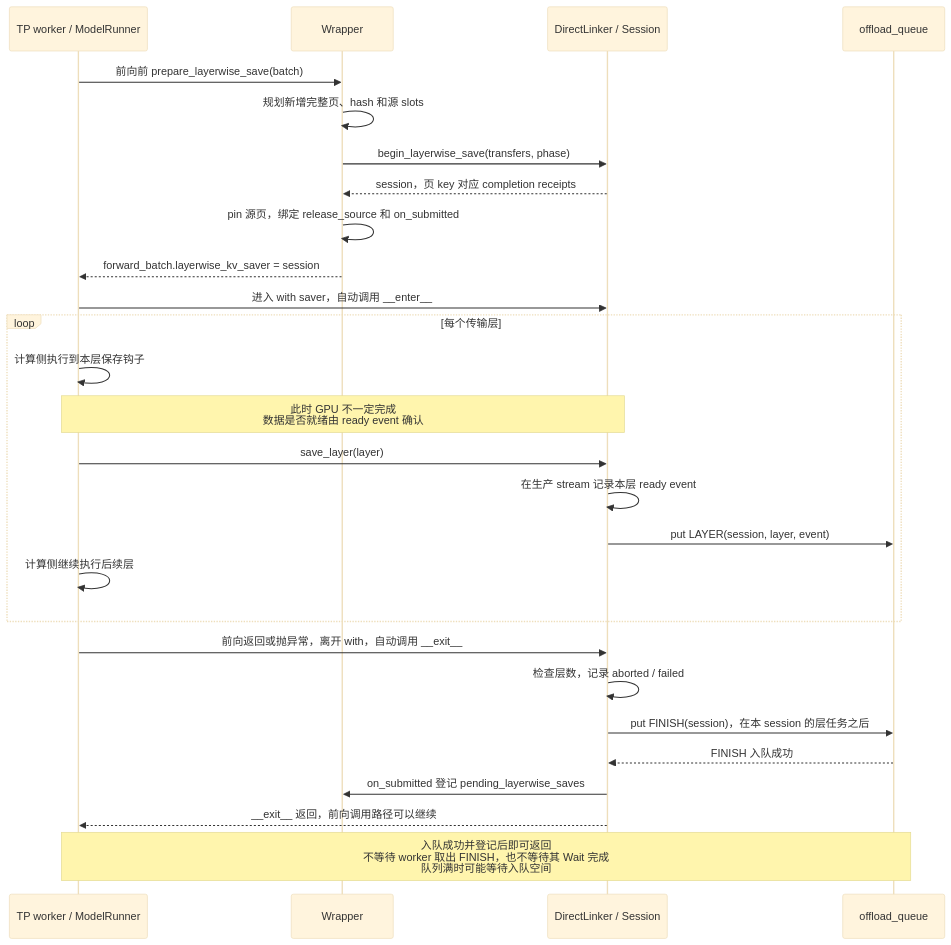
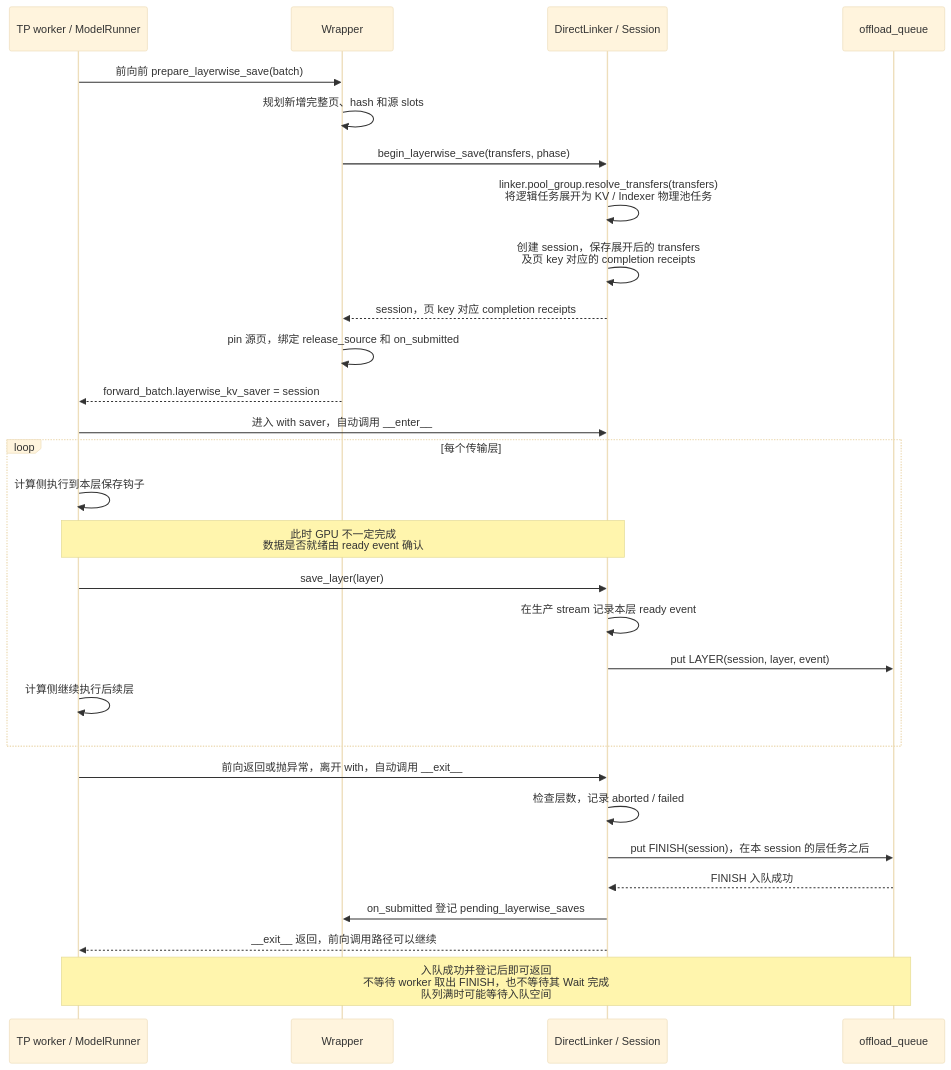
One commit to yuanzhg078/sglang changed diagram 22 of 27 in kv_client_linker_backend_design.md. Above: the diagram before and after it, drawn with Mermaid (base theme). The commit also changed other lines of this file and 1 other file, not shown here.

````diff
--- a/kv_client_linker_backend_design.md
+++ b/kv_client_linker_backend_design.md
@@ -806,29 +1180,31 @@
 ```mermaid
 sequenceDiagram
     participant T as TP worker / ModelRunner
     participant W as Wrapper
     participant S as DirectLinker / Session
     participant Q as offload_queue
     T->>W: 前向前 prepare_layerwise_save(batch)
     W->>W: 规划新增完整页、hash 和源 slots
     W->>S: begin_layerwise_save(transfers, phase)
+    S->>S: linker.pool_group.resolve_transfers(transfers)<br/>将逻辑任务展开为 KV / Indexer 物理池任务
+    S->>S: 创建 session，保存展开后的 transfers<br/>及页 key 对应的 completion receipts
     S-->>W: session，页 key 对应 completion receipts
     W->>W: pin 源页，绑定 release_source 和 on_submitted
     W-->>T: forward_batch.layerwise_kv_saver = session
     T->>S: 进入 with saver，自动调用 __enter__
     loop 每个传输层
         T->>T: 计算侧执行到本层保存钩子
         Note over T,S: 此时 GPU 不一定完成<br/>数据是否就绪由 ready event 确认
         T->>S: save_layer(layer)
         S->>S: 在生产 stream 记录本层 ready event
         S->>Q: put LAYER(session, layer, event)
         T->>T: 计算侧继续执行后续层
     end
     T->>S: 前向返回或抛异常，离开 with，自动调用 __exit__
     S->>S: 检查层数，记录 aborted / failed
     S->>Q: put FINISH(session)，在本 session 的层任务之后
     Q-->>S: FINISH 入队成功
     S->>W: on_submitted 登记 pending_layerwise_saves
     S-->>T: __exit__ 返回，前向调用路径可以继续
     Note over T,Q: 入队成功并登记后即可返回<br/>不等待 worker 取出 FINISH，也不等待其 Wait 完成<br/>队列满时可能等待入队空间
 ```
````
